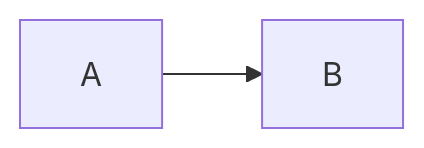
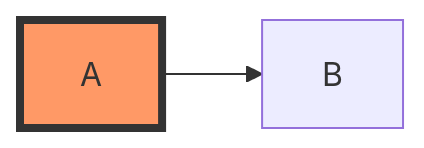
Diagram 45 of 46 in source/_posts/Flowcharts-Basic-Syntax-ubuntu.md (LuYF-Lemon-love/LuYF-Lemon-love.github.io), drawn with Mermaid before and after one commit. The commit also changed other lines of this file, not shown here.

```diff
--- a/source/_posts/Flowcharts-Basic-Syntax-ubuntu.md
+++ b/source/_posts/Flowcharts-Basic-Syntax-ubuntu.md
@@ -825,5 +825,5 @@
 {% mermaid %}
 flowchart LR
-    A:::someclasses --> B
+    A:::someclass --> B
     classDef someclass fill:#f96,stroke:#333,stroke-width:4px;
 {% endmermaid %}
```
